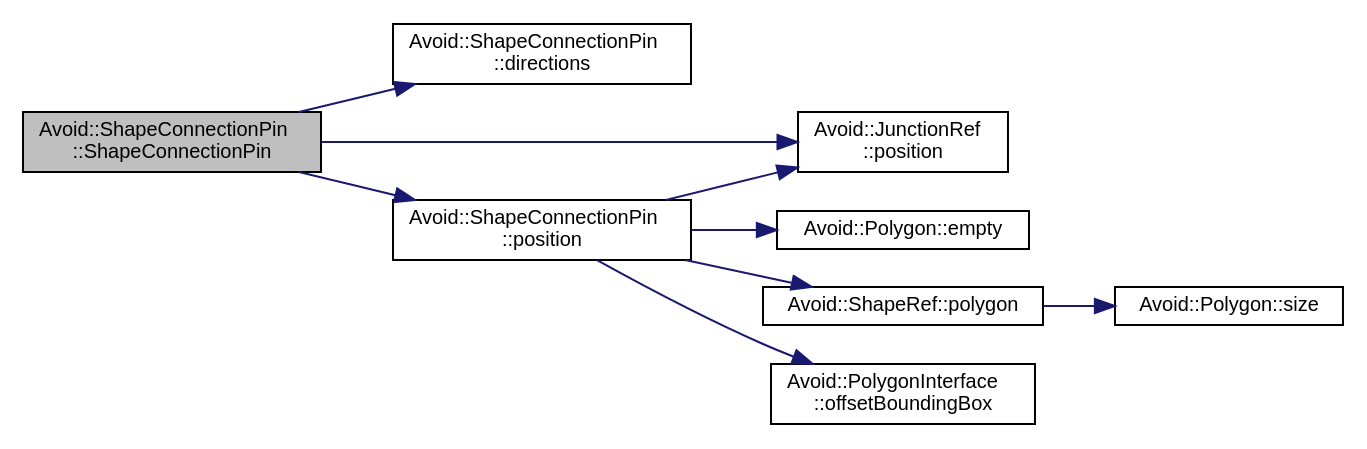
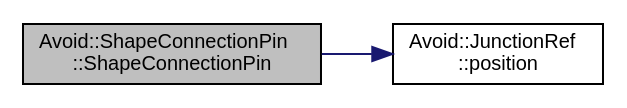
The diagram in documentation/classAvoid_1_1ShapeConnectionPin_afa2e31949ff244bf4cacd996097867dd_cgraph.dot (mjwybrow/adaptagrams), drawn with Graphviz before and after one commit. The commit also changed 1644 other files, not shown here.

```diff
--- a/documentation/classAvoid_1_1ShapeConnectionPin_afa2e31949ff244bf4cacd996097867dd_cgraph.dot
+++ b/documentation/classAvoid_1_1ShapeConnectionPin_afa2e31949ff244bf4cacd996097867dd_cgraph.dot
@@ -1,22 +1,9 @@
 digraph "Avoid::ShapeConnectionPin::ShapeConnectionPin"
 {
   edge [fontname="Helvetica",fontsize="10",labelfontname="Helvetica",labelfontsize="10"];
   node [fontname="Helvetica",fontsize="10",shape=record];
   rankdir="LR";
-  Node9 [label="Avoid::ShapeConnectionPin\l::ShapeConnectionPin",height=0.2,width=0.4,color="black", fillcolor="grey75", style="filled", fontcolor="black"];
-  Node9 -> Node10 [color="midnightblue",fontsize="10",style="solid",fontname="Helvetica"];
-  Node10 [label="Avoid::ShapeConnectionPin\l::directions",height=0.2,width=0.4,color="black", fillcolor="white", style="filled",URL="$classAvoid_1_1ShapeConnectionPin.html#a3338c7b8187a973e12fa57d3156e8b96",tooltip="Returns the directions in which this connection pin has visibility. "];
-  Node9 -> Node11 [color="midnightblue",fontsize="10",style="solid",fontname="Helvetica"];
-  Node11 [label="Avoid::JunctionRef\l::position",height=0.2,width=0.4,color="black", fillcolor="white", style="filled",URL="$classAvoid_1_1JunctionRef.html#af66cab7216d077ac124674c7c5f08e05",tooltip="Returns the position of this junction. "];
-  Node9 -> Node12 [color="midnightblue",fontsize="10",style="solid",fontname="Helvetica"];
-  Node12 [label="Avoid::ShapeConnectionPin\l::position",height=0.2,width=0.4,color="black", fillcolor="white", style="filled",URL="$classAvoid_1_1ShapeConnectionPin.html#a68fb685af93fee972b116334b0d314fa",tooltip="Returns the position of this connection pin. "];
-  Node12 -> Node11 [color="midnightblue",fontsize="10",style="solid",fontname="Helvetica"];
-  Node12 -> Node13 [color="midnightblue",fontsize="10",style="solid",fontname="Helvetica"];
-  Node13 [label="Avoid::Polygon::empty",height=0.2,width=0.4,color="black", fillcolor="white", style="filled",URL="$classAvoid_1_1Polygon.html#a477d0e8e93509d7955d1f4b4ca0abb0d",tooltip="Returns true if this polygon is empty. "];
-  Node12 -> Node14 [color="midnightblue",fontsize="10",style="solid",fontname="Helvetica"];
-  Node14 [label="Avoid::ShapeRef::polygon",height=0.2,width=0.4,color="black", fillcolor="white", style="filled",URL="$classAvoid_1_1ShapeRef.html#aa0a5e8382c7674933e09207bc6e47564",tooltip="Returns a reference to the polygon boundary of this shape. "];
-  Node14 -> Node15 [color="midnightblue",fontsize="10",style="solid",fontname="Helvetica"];
-  Node15 [label="Avoid::Polygon::size",height=0.2,width=0.4,color="black", fillcolor="white", style="filled",URL="$classAvoid_1_1Polygon.html#a2f9e9c8c78407eefbde944e663d9711e",tooltip="Returns the number of points in this polygon. "];
-  Node12 -> Node16 [color="midnightblue",fontsize="10",style="solid",fontname="Helvetica"];
-  Node16 [label="Avoid::PolygonInterface\l::offsetBoundingBox",height=0.2,width=0.4,color="black", fillcolor="white", style="filled",URL="$classAvoid_1_1PolygonInterface.html#af10740857ee9fd5f9dedfb71a9b42630",tooltip="Returns the bounding rectangle that contains this polygon with optionally some buffer space around it..."];
+  Node2 [label="Avoid::ShapeConnectionPin\l::ShapeConnectionPin",height=0.2,width=0.4,color="black", fillcolor="grey75", style="filled", fontcolor="black"];
+  Node2 -> Node3 [color="midnightblue",fontsize="10",style="solid",fontname="Helvetica"];
+  Node3 [label="Avoid::JunctionRef\l::position",height=0.2,width=0.4,color="black", fillcolor="white", style="filled",URL="$classAvoid_1_1JunctionRef.html#af66cab7216d077ac124674c7c5f08e05",tooltip="Returns the position of this junction. "];
 }
```
